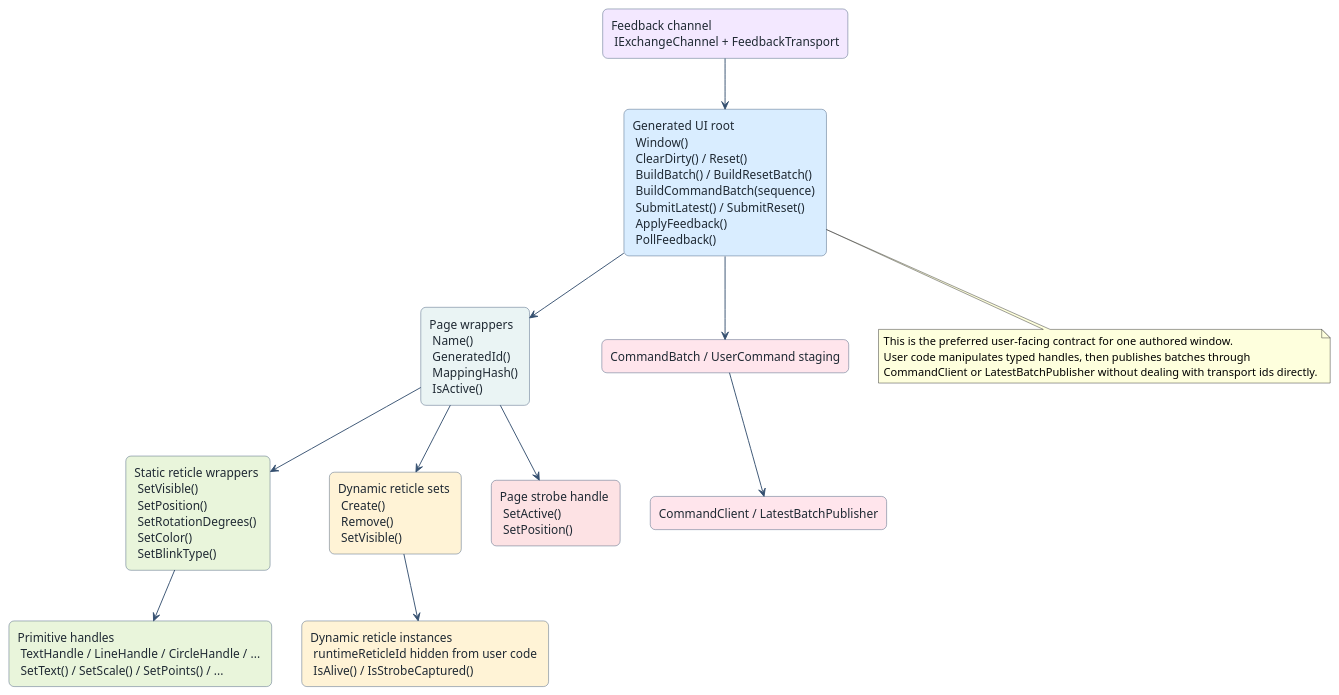
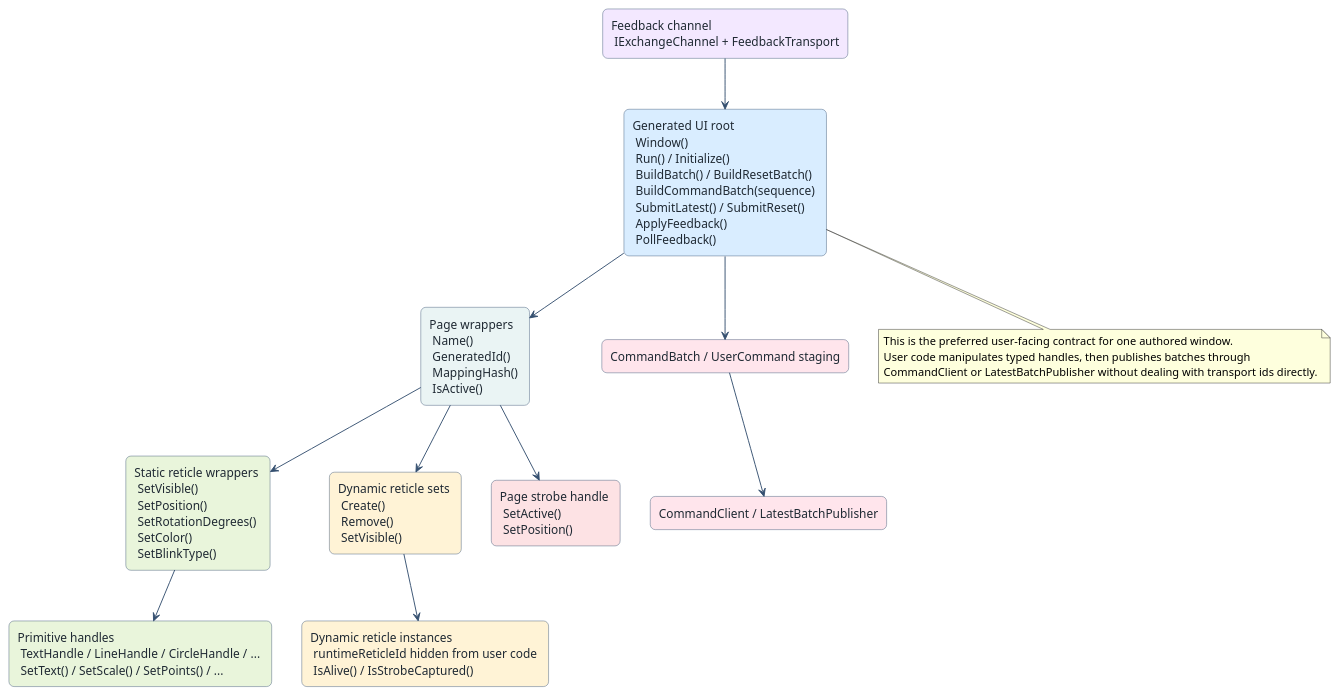
The diagram in docs/user_guide/diagrams/13_generated_api_user_contract.puml (benoitfragit/MFDStudio), drawn with PlantUML before and after one commit. The commit also changed 16 other files, not shown here.

Commit message:
Implement authored-state reset for generated client UI

```diff
--- a/docs/user_guide/diagrams/13_generated_api_user_contract.puml
+++ b/docs/user_guide/diagrams/13_generated_api_user_contract.puml
@@ -1,41 +1,41 @@
 @startuml
 skinparam backgroundColor #FFFFFF
 skinparam shadowing false
 skinparam defaultFontName Segoe UI
 skinparam packageStyle rectangle
 skinparam ArrowColor #355070
 skinparam ArrowThickness 1.1
 skinparam rectangle {
   RoundCorner 12
   BorderColor #355070
   FontColor #1F2933
 }
 top to bottom direction
 
-rectangle "Generated UI root \n Window() \n ClearDirty() / Reset() \n BuildBatch() / BuildResetBatch() \n BuildCommandBatch(sequence) \n SubmitLatest() / SubmitReset() \n ApplyFeedback() \n PollFeedback()" as UiRoot #D9EDFF
+rectangle "Generated UI root \n Window() \n Run() / Initialize() \n BuildBatch() / BuildResetBatch() \n BuildCommandBatch(sequence) \n SubmitLatest() / SubmitReset() \n ApplyFeedback() \n PollFeedback()" as UiRoot #D9EDFF
 rectangle "Page wrappers \n Name() \n GeneratedId() \n MappingHash() \n IsActive()" as Pages #EAF4F4
 rectangle "Static reticle wrappers \n SetVisible() \n SetPosition() \n SetRotationDegrees() \n SetColor() \n SetBlinkType()" as Reticles #E9F5DB
 rectangle "Primitive handles \n TextHandle / LineHandle / CircleHandle / ... \n SetText() / SetScale() / SetPoints() / ..." as Primitives #E9F5DB
 rectangle "Dynamic reticle sets \n Create() \n Remove() \n SetVisible()" as DynamicSets #FFF3D6
 rectangle "Dynamic reticle instances \n runtimeReticleId hidden from user code \n IsAlive() / IsStrobeCaptured()" as DynamicInstances #FFF3D6
 rectangle "Page strobe handle \n SetActive() \n SetPosition()" as Strobe #FDE2E4
 rectangle "CommandBatch / UserCommand staging" as Batches #FFE5EC
 rectangle "CommandClient / LatestBatchPublisher" as Transport #FFE5EC
 rectangle "Feedback channel \n IExchangeChannel + FeedbackTransport" as Feedback #F3E8FF
 
 UiRoot --> Pages
 Pages --> Reticles
 Reticles --> Primitives
 Pages --> DynamicSets
 DynamicSets --> DynamicInstances
 Pages --> Strobe
 UiRoot --> Batches
 Batches --> Transport
 Feedback --> UiRoot
 
 note bottom of UiRoot
 This is the preferred user-facing contract for one authored window.
 User code manipulates typed handles, then publishes batches through
 CommandClient or LatestBatchPublisher without dealing with transport ids directly.
 end note
 @enduml
```
